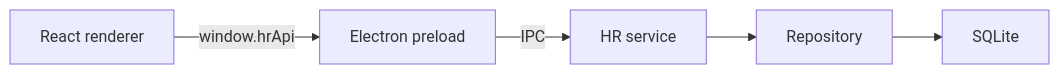
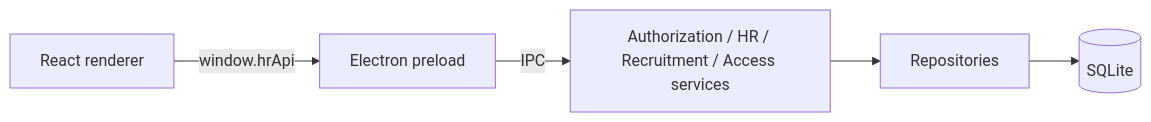
Before and after one commit to ramzansharifov/hr-automation: the second of 2 diagrams in README.md, drawn with Mermaid. The commit also changed other lines of this file, not shown here.

````diff
--- a/README.md
+++ b/README.md
@@ -302,7 +171,7 @@
 ```mermaid
 flowchart LR
-  Renderer["React renderer"] -->|"window.hrApi"| Preload["Electron preload"]
-  Preload -->|"IPC"| Service["HR service"]
-  Service --> Repository["Repository"]
-  Repository --> SQLite["SQLite"]
+  Renderer[React renderer] -->|window.hrApi| Preload[Electron preload]
+  Preload -->|IPC| Services[Authorization / HR / Recruitment / Access services]
+  Services --> Repositories[Repositories]
+  Repositories --> SQLite[(SQLite)]
 ```
````
